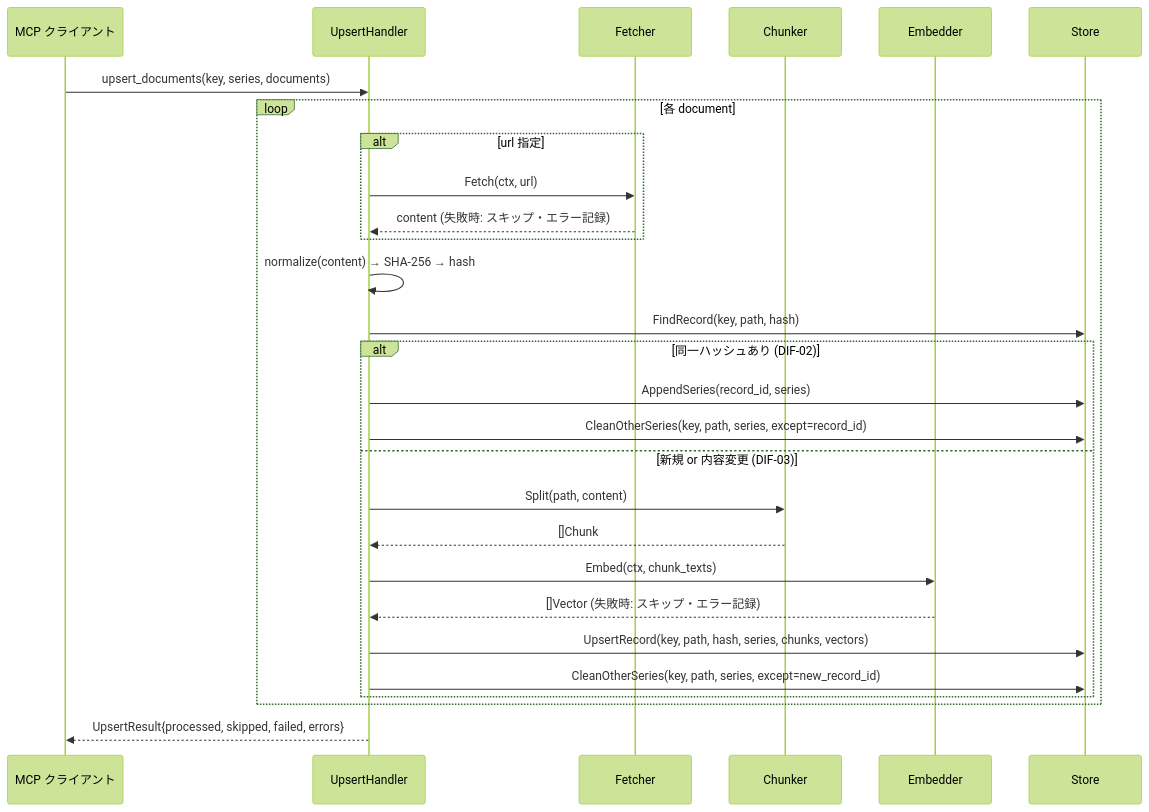
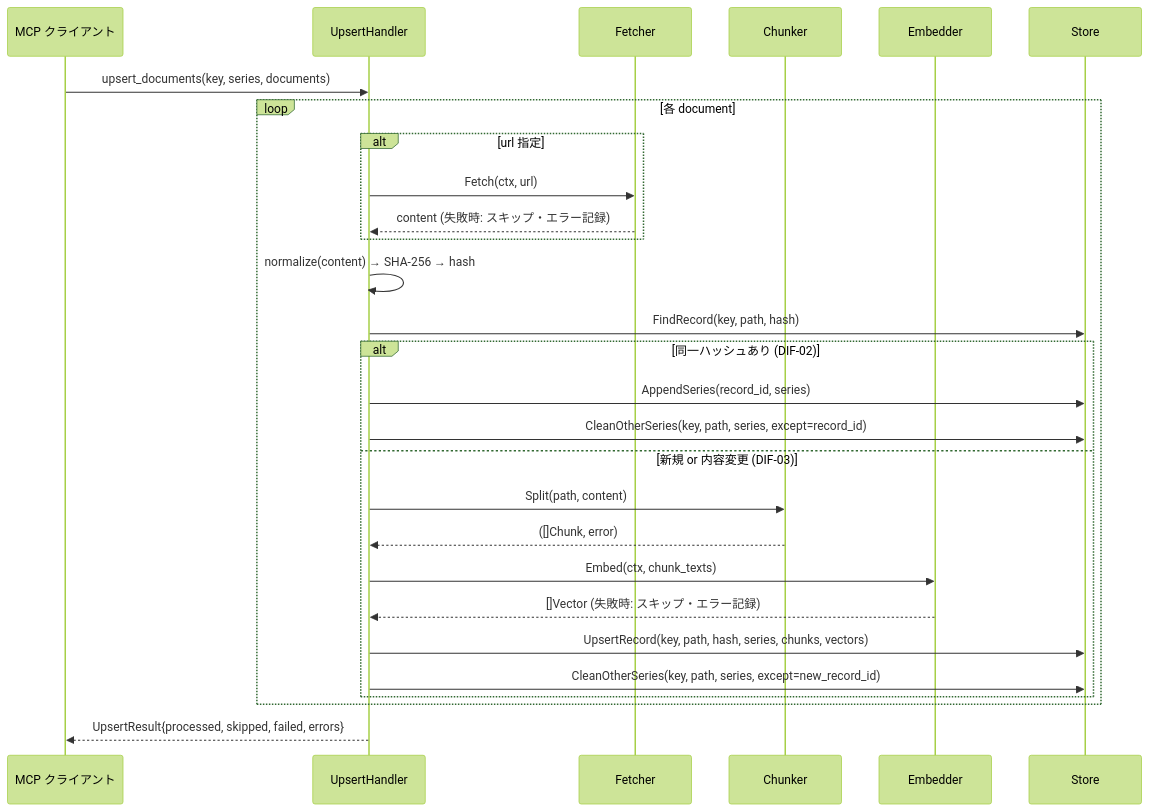
The fourth of 5 diagrams in docs/specs/base/design/DES-001_doc_db_mcp_server_design.md (BlueEventHorizon/doc-db-mcp-server), drawn with Mermaid (forest theme) before and after one commit. The commit also changed other lines of this file and 9 other files, not shown here.

````diff
--- a/docs/specs/base/design/DES-001_doc_db_mcp_server_design.md
+++ b/docs/specs/base/design/DES-001_doc_db_mcp_server_design.md
@@ -242,31 +242,31 @@
 ```mermaid
 sequenceDiagram
     participant C as MCP クライアント
     participant H as UpsertHandler
     participant F as Fetcher
     participant Ch as Chunker
     participant E as Embedder
     participant S as Store
 
     C->>H: upsert_documents(key, series, documents)
     loop 各 document
         alt url 指定
             H->>F: Fetch(ctx, url)
             F-->>H: content (失敗時: スキップ・エラー記録)
         end
         H->>H: normalize(content) → SHA-256 → hash
         H->>S: FindRecord(key, path, hash)
         alt 同一ハッシュあり (DIF-02)
             H->>S: AppendSeries(record_id, series)
             H->>S: CleanOtherSeries(key, path, series, except=record_id)
         else 新規 or 内容変更 (DIF-03)
             H->>Ch: Split(path, content)
-            Ch-->>H: []Chunk
+            Ch-->>H: ([]Chunk, error)
             H->>E: Embed(ctx, chunk_texts)
             E-->>H: []Vector (失敗時: スキップ・エラー記録)
             H->>S: UpsertRecord(key, path, hash, series, chunks, vectors)
             H->>S: CleanOtherSeries(key, path, series, except=new_record_id)
         end
     end
     H-->>C: UpsertResult{processed, skipped, failed, errors}
 ```
````
